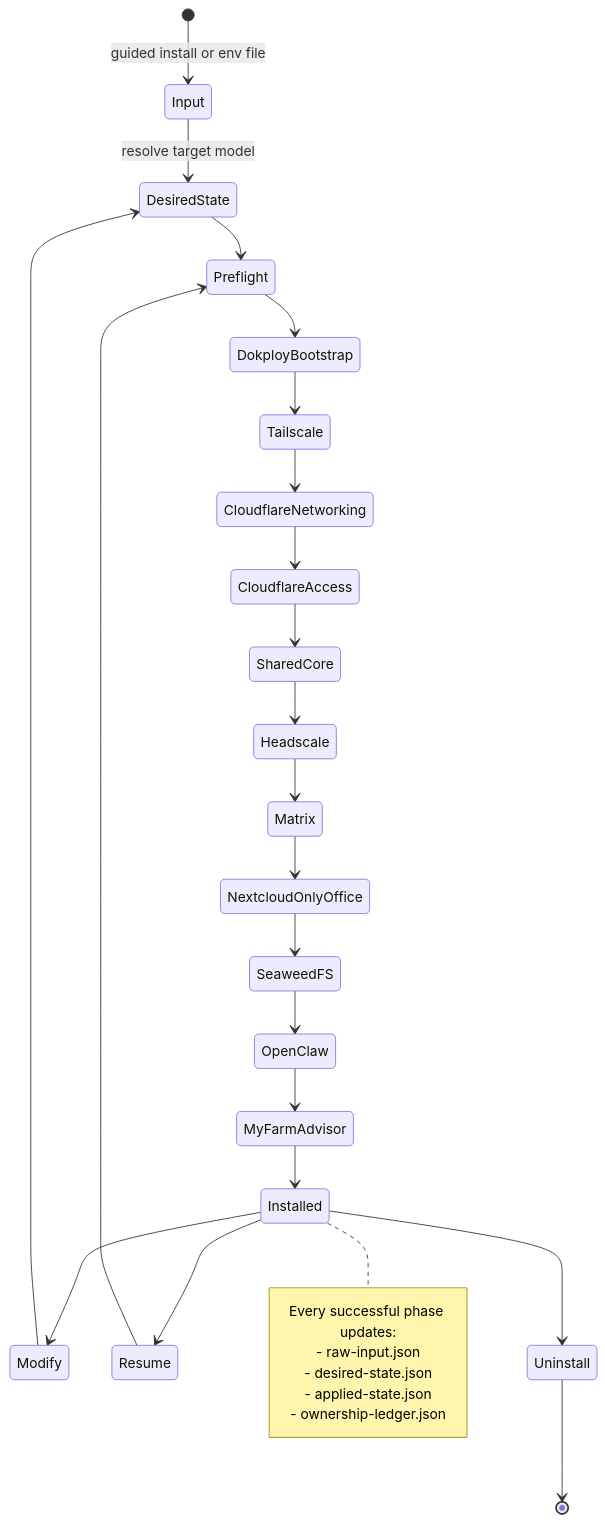
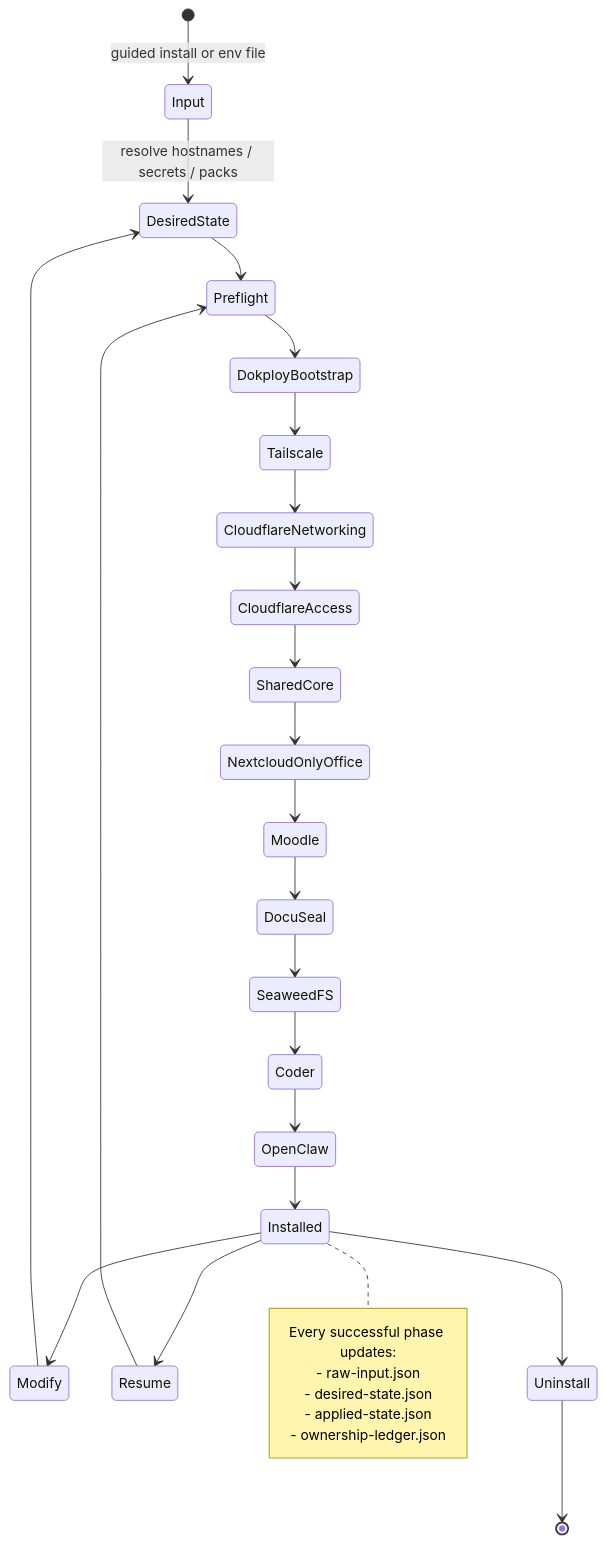
The second of 4 diagrams in README.md (borealBytes/dokploy-wizard), drawn with Mermaid before and after one commit. The commit also changed other lines of this file, not shown here.

Commit message:
Refine README architecture and Mermaid guidance

````diff
--- a/README.md
+++ b/README.md
@@ -41,34 +157,37 @@
 ```mermaid
 stateDiagram-v2
+    accTitle: Dokploy Wizard lifecycle and state flow
+    accDescr: Install lifecycle showing how input becomes desired state, flows through preflight and managed phases, and then supports modify, resume, and uninstall while persisting state documents.
+
     [*] --> Input: guided install or env file
-    Input --> DesiredState: resolve target model
+    Input --> DesiredState: resolve hostnames / secrets / packs
     DesiredState --> Preflight
     Preflight --> DokployBootstrap
     DokployBootstrap --> Tailscale
     Tailscale --> CloudflareNetworking
     CloudflareNetworking --> CloudflareAccess
     CloudflareAccess --> SharedCore
-    SharedCore --> Headscale
-    Headscale --> Matrix
-    Matrix --> NextcloudOnlyOffice
-    NextcloudOnlyOffice --> SeaweedFS
-    SeaweedFS --> OpenClaw
-    OpenClaw --> MyFarmAdvisor
-    MyFarmAdvisor --> Installed
+    SharedCore --> NextcloudOnlyOffice
+    NextcloudOnlyOffice --> Moodle
+    Moodle --> DocuSeal
+    DocuSeal --> SeaweedFS
+    SeaweedFS --> Coder
+    Coder --> OpenClaw
+    OpenClaw --> Installed
 
     Installed --> Modify
     Installed --> Resume
     Installed --> Uninstall
 
     Modify --> DesiredState
     Resume --> Preflight
     Uninstall --> [*]
 
     note right of Installed
         Every successful phase updates:
         - raw-input.json
         - desired-state.json
         - applied-state.json
         - ownership-ledger.json
     end note
 ```
````
